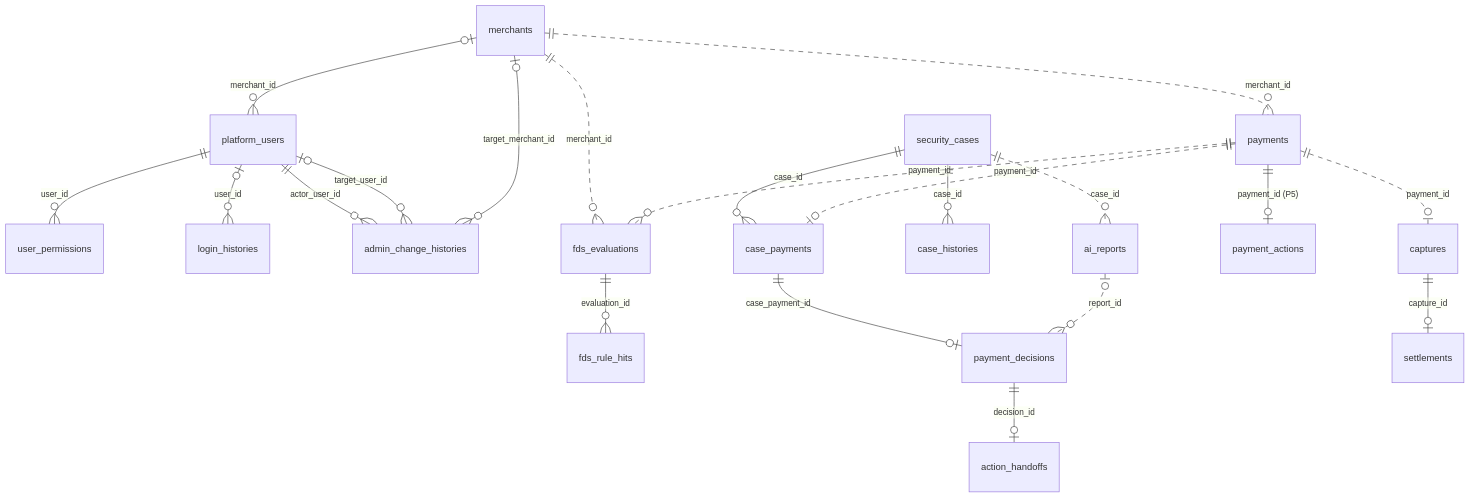
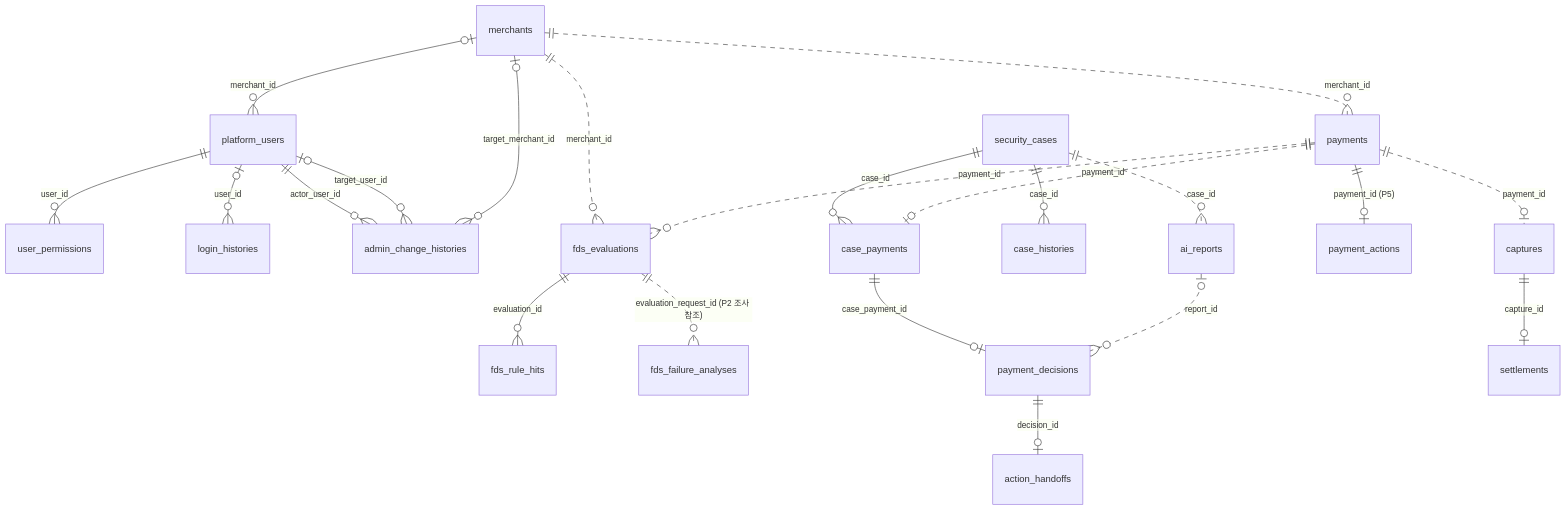
Before and after one commit to team-sweethan/DonWorry: the diagram in docs/erd/README.md, drawn with Mermaid. The commit also changed other lines of this file and 24 other files, not shown here.

````diff
--- a/docs/erd/README.md
+++ b/docs/erd/README.md
@@ -67,27 +67,28 @@
 ```mermaid
 erDiagram
     merchants |o--o{ platform_users : "merchant_id"
     platform_users ||--o{ user_permissions : "user_id"
     platform_users |o--o{ login_histories : "user_id"
     platform_users ||--o{ admin_change_histories : "actor_user_id"
     platform_users |o--o{ admin_change_histories : "target_user_id"
     merchants |o--o{ admin_change_histories : "target_merchant_id"
 
     fds_evaluations ||--o{ fds_rule_hits : "evaluation_id"
+    fds_evaluations ||..o{ fds_failure_analyses : "evaluation_request_id (P2 조사 참조)"
 
     security_cases ||--o{ case_payments : "case_id"
     case_payments ||--o| payment_decisions : "case_payment_id"
     payment_decisions ||--o| action_handoffs : "decision_id"
     security_cases ||--o{ case_histories : "case_id"
 
     captures ||--o| settlements : "capture_id"
 
     merchants ||..o{ payments : "merchant_id"
     payments ||--o| payment_actions : "payment_id (P5)"
     merchants ||..o{ fds_evaluations : "merchant_id"
     payments ||..o{ fds_evaluations : "payment_id"
     payments ||..o| case_payments : "payment_id"
     security_cases ||..o{ ai_reports : "case_id"
     ai_reports |o..o{ payment_decisions : "report_id"
     payments ||..o| captures : "payment_id"
 ```
````
